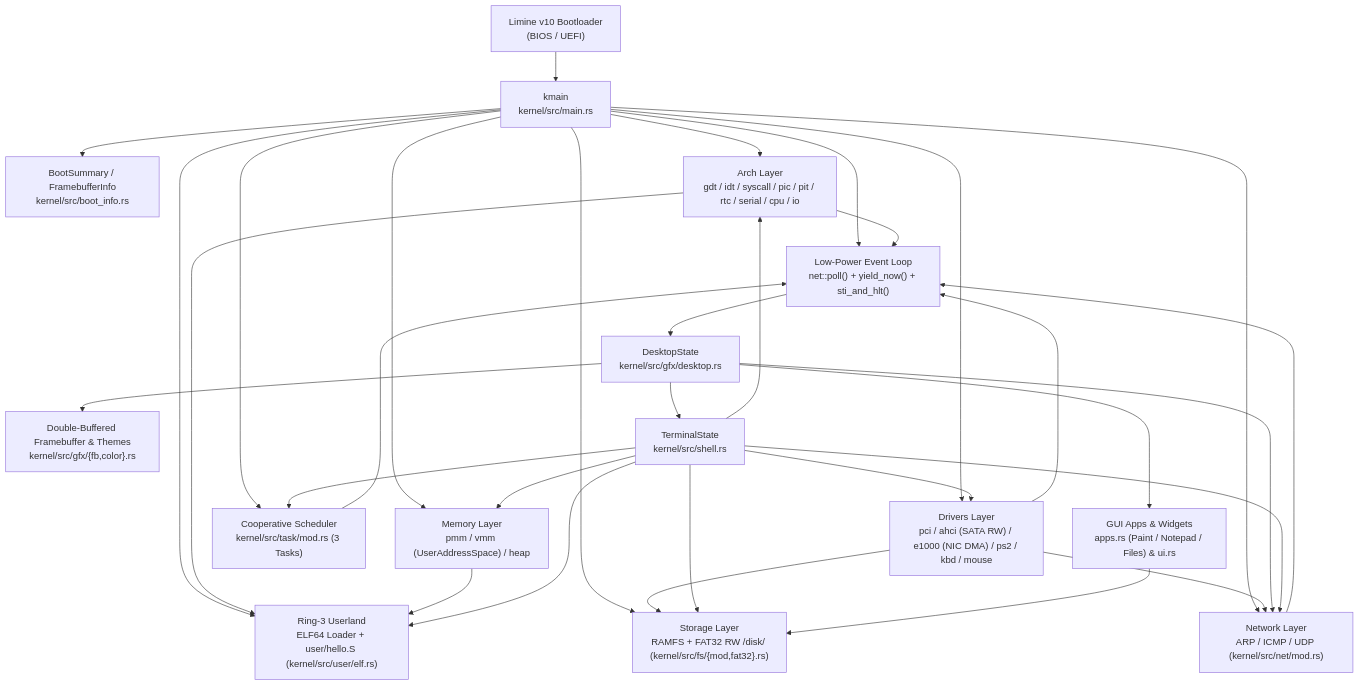
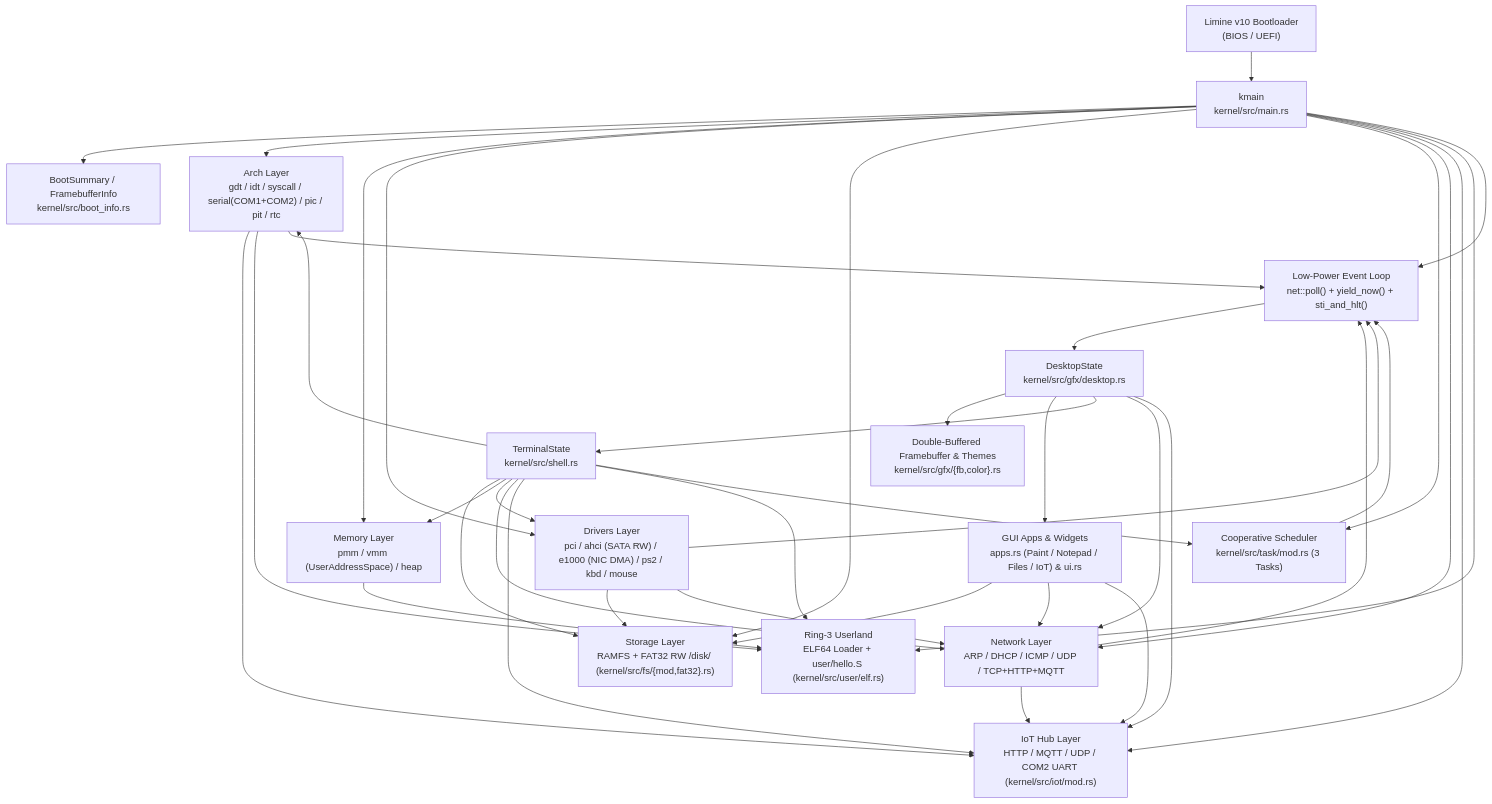
One commit to wmsir/wmos changed the first of 2 diagrams in docs/DESIGN.md. Above: the diagram before and after it, drawn with Mermaid. The commit also changed other lines of this file and 11 other files, not shown here.

Commit message:
feat(v5.0.0): add DHCP, TCP/HTTP/MQTT, COM2 MCU UART, WMOS IoT Hub app, CI IoT verification, and synced docs

````diff
--- a/docs/DESIGN.md
+++ b/docs/DESIGN.md
@@ -26,35 +26,42 @@
 ```mermaid
 flowchart TD
     Boot["Limine v10 Bootloader\n(BIOS / UEFI)"] --> Entry["kmain\nkernel/src/main.rs"]
     Entry --> BootInfo["BootSummary / FramebufferInfo\nkernel/src/boot_info.rs"]
-    Entry --> Arch["Arch Layer\ngdt / idt / syscall / pic / pit / rtc / serial / cpu / io"]
+    Entry --> Arch["Arch Layer\ngdt / idt / syscall / serial(COM1+COM2) / pic / pit / rtc"]
     Entry --> Mem["Memory Layer\npmm / vmm (UserAddressSpace) / heap"]
     Entry --> Drivers["Drivers Layer\npci / ahci (SATA RW) / e1000 (NIC DMA) / ps2 / kbd / mouse"]
     Entry --> FS["Storage Layer\nRAMFS + FAT32 RW /disk/ (kernel/src/fs/{mod,fat32}.rs)"]
     Entry --> Task["Cooperative Scheduler\nkernel/src/task/mod.rs (3 Tasks)"]
-    Entry --> Net["Network Layer\nARP / ICMP / UDP (kernel/src/net/mod.rs)"]
+    Entry --> Net["Network Layer\nARP / DHCP / ICMP / UDP / TCP+HTTP+MQTT"]
+    Entry --> IoT["IoT Hub Layer\nHTTP / MQTT / UDP / COM2 UART (kernel/src/iot/mod.rs)"]
     Entry --> User["Ring-3 Userland\nELF64 Loader + user/hello.S (kernel/src/user/elf.rs)"]
     Entry --> Loop["Low-Power Event Loop\nnet::poll() + yield_now() + sti_and_hlt()"]
 
     Drivers --> FS
     Drivers --> Net
     Drivers --> Loop
+    Net --> IoT
+    Arch --> IoT
     Net --> Loop
     Arch --> User
     Mem --> User
     Arch --> Loop
     Task --> Loop
     Loop --> Desktop["DesktopState\nkernel/src/gfx/desktop.rs"]
     Desktop --> FB["Double-Buffered Framebuffer & Themes\nkernel/src/gfx/{fb,color}.rs"]
-    Desktop --> Apps["GUI Apps & Widgets\napps.rs (Paint / Notepad / Files) & ui.rs"]
+    Desktop --> Apps["GUI Apps & Widgets\napps.rs (Paint / Notepad / Files / IoT) & ui.rs"]
     Desktop --> Shell["TerminalState\nkernel/src/shell.rs"]
     Desktop --> Net
+    Desktop --> IoT
     Shell --> FS
     Shell --> Mem
     Shell --> Drivers
     Shell --> Net
+    Shell --> IoT
     Shell --> User
     Shell --> Task
     Shell --> Arch
     Apps --> FS
+    Apps --> Net
+    Apps --> IoT
 ```
````
